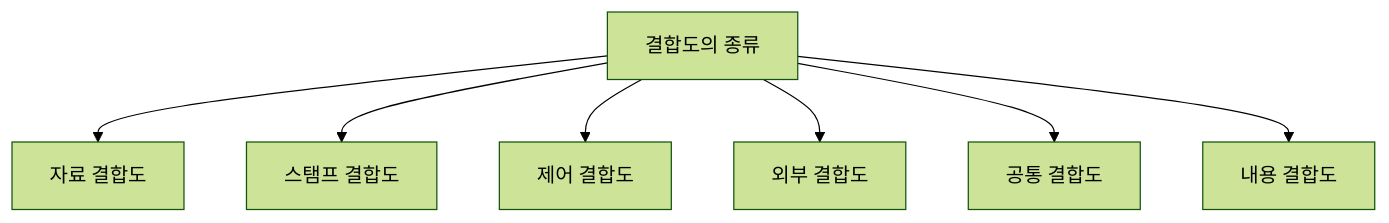
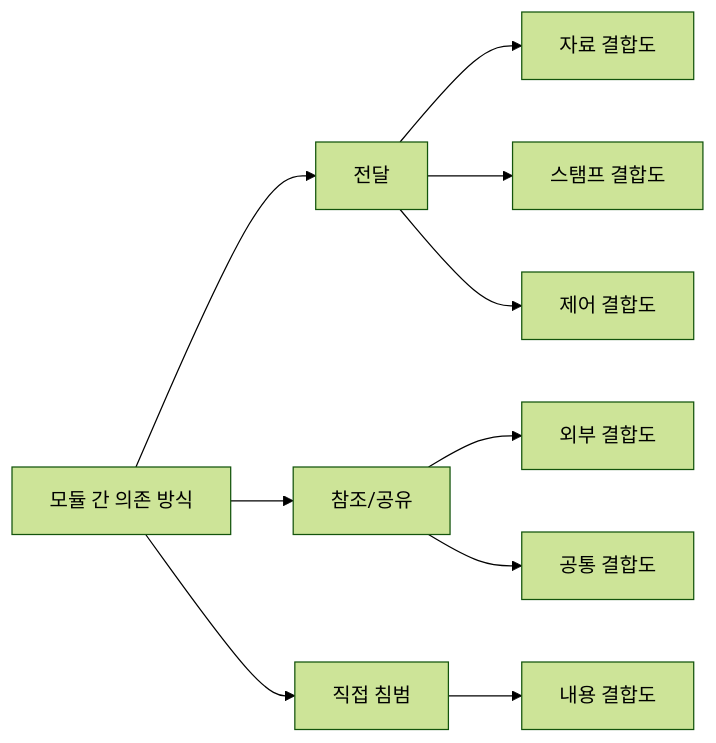
The second of 10 diagrams in 정보처리기사/1과목 소프트웨어 설계/041 결합도의 종류/041 결합도의 종류.md (nes0903/study), drawn with Mermaid (forest theme) before and after one commit. The commit also changed other lines of this file and 318 other files, not shown here.

````diff
--- a/정보처리기사/1과목 소프트웨어 설계/041 결합도의 종류/041 결합도의 종류.md
+++ b/정보처리기사/1과목 소프트웨어 설계/041 결합도의 종류/041 결합도의 종류.md
@@ -13,10 +39,13 @@
 ```mermaid
-flowchart TD
-    A["결합도의 종류"]
-    A --> N1["자료 결합도"]
-    A --> N2["스탬프 결합도"]
-    A --> N3["제어 결합도"]
-    A --> N4["외부 결합도"]
-    A --> N5["공통 결합도"]
-    A --> N6["내용 결합도"]
+flowchart LR
+    A["모듈 간 의존 방식"]
+    A --> B["전달"]
+    A --> C["참조/공유"]
+    A --> D["직접 침범"]
+    B --> B1["자료 결합도"]
+    B --> B2["스탬프 결합도"]
+    B --> B3["제어 결합도"]
+    C --> C1["외부 결합도"]
+    C --> C2["공통 결합도"]
+    D --> D1["내용 결합도"]
 ```
````
